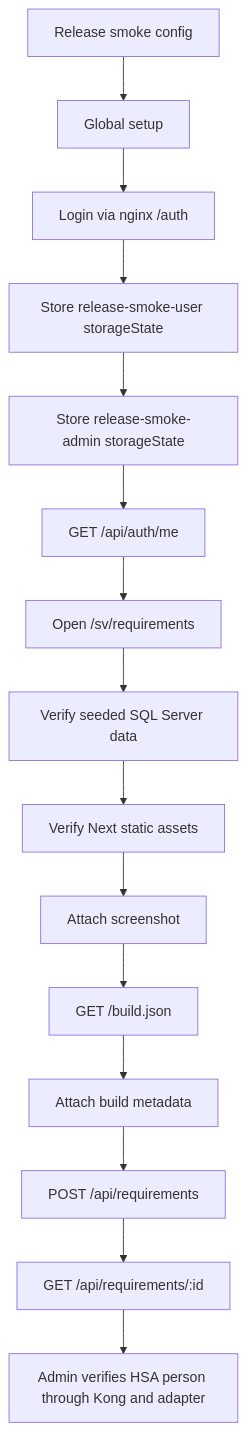
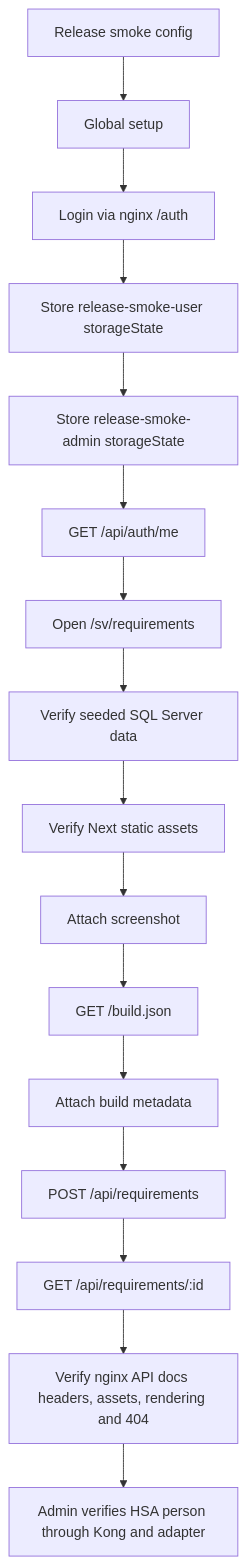
One commit to viscalyx/Kravhantering changed the first of 4 diagrams in tests/release-smoke/release-smoke.md. Above: the diagram before and after it, drawn with Mermaid. The commit also changed other lines of this file and 36 other files, not shown here.

````diff
--- a/tests/release-smoke/release-smoke.md
+++ b/tests/release-smoke/release-smoke.md
@@ -36,17 +38,18 @@
 ```mermaid
 flowchart TD
     A[Release smoke config] --> B[Global setup]
     B --> C[Login via nginx /auth]
     C --> D[Store release-smoke-user storageState]
     D --> E[Store release-smoke-admin storageState]
     E --> F[GET /api/auth/me]
     F --> G[Open /sv/requirements]
     G --> H[Verify seeded SQL Server data]
     H --> I[Verify Next static assets]
     I --> J[Attach screenshot]
     J --> K[GET /build.json]
     K --> L[Attach build metadata]
     L --> M[POST /api/requirements]
     M --> N[GET /api/requirements/:id]
-    N --> O[Admin verifies HSA person through Kong and adapter]
+    N --> O[Verify nginx API docs headers, assets, rendering and 404]
+    O --> P[Admin verifies HSA person through Kong and adapter]
 ```
````
